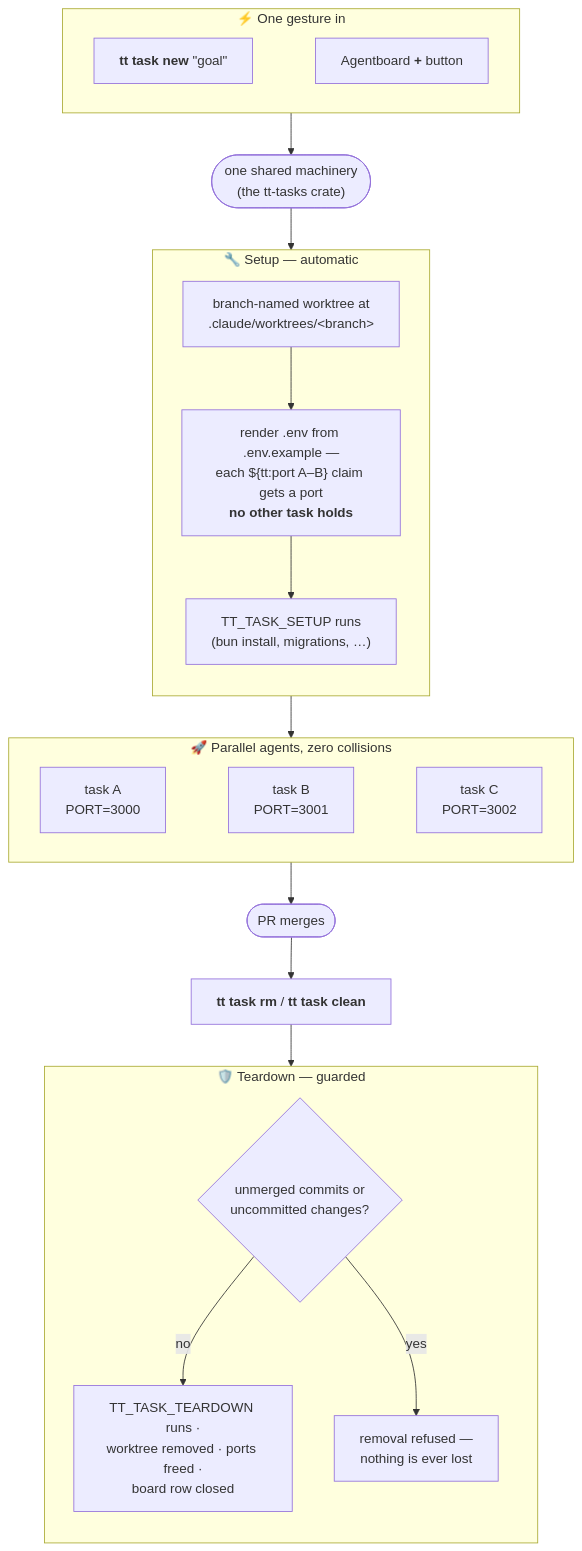
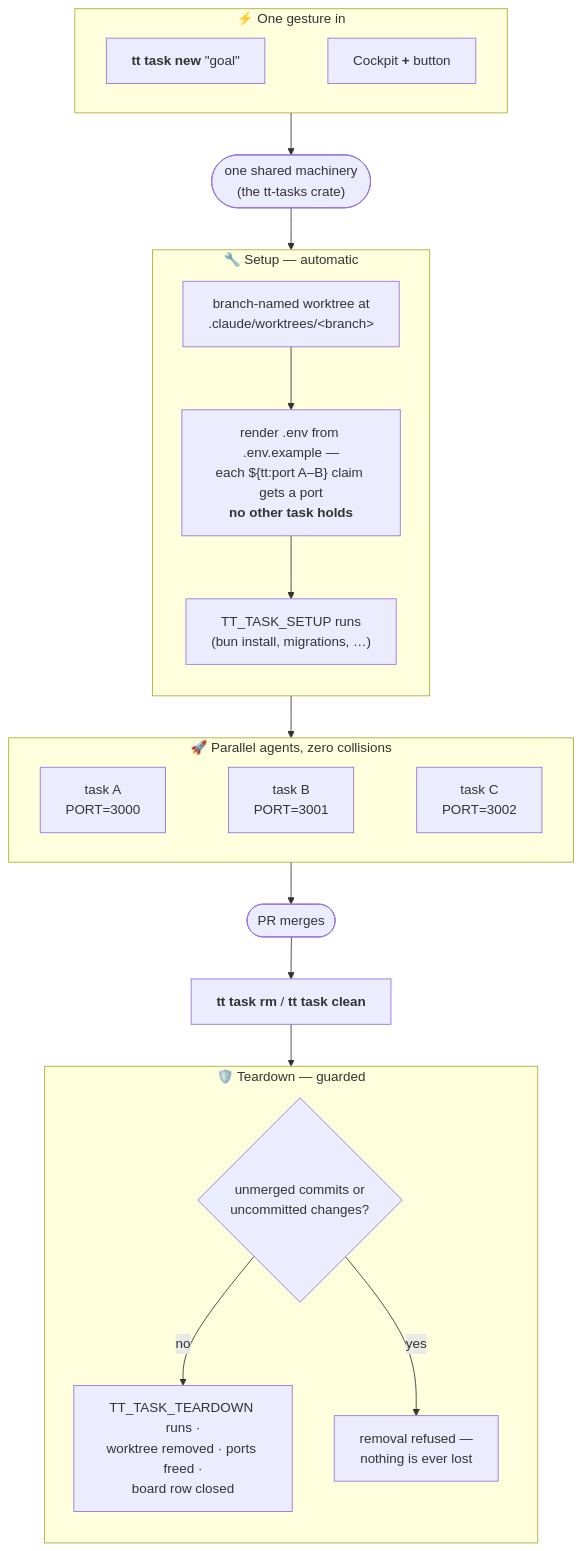
The diagram in docs/TASKS-GUIDE.md (ChrisTowles/towles-tool), drawn with Mermaid before and after one commit. The commit also changed other lines of this file and 77 other files, not shown here.

````diff
--- a/docs/TASKS-GUIDE.md
+++ b/docs/TASKS-GUIDE.md
@@ -18,43 +18,43 @@
 ```mermaid
 flowchart TB
     subgraph gesture["⚡ One gesture in"]
         direction LR
         CLI["<b>tt task new</b> &quot;goal&quot;"]
-        APP["Agentboard <b>+</b> button"]
+        APP["Cockpit <b>+</b> button"]
         CLI ~~~ APP
     end
 
     gesture --> OPS(["one shared machinery<br/>(the tt-tasks crate)"])
     OPS --> setup
 
     subgraph setup["🔧 Setup — automatic"]
         direction TB
         WT["branch-named worktree at<br/>.claude/worktrees/&lt;branch&gt;"]
         ENV["render .env from .env.example —<br/>each #36;#123;tt:port A–B#125; claim gets a port<br/><b>no other task holds</b>"]
         DEP["TT_TASK_SETUP runs<br/>(bun install, migrations, …)"]
         WT --> ENV --> DEP
     end
 
     setup --> fleet
 
     subgraph fleet["🚀 Parallel agents, zero collisions"]
         direction LR
         T1["task A<br/>PORT=3000"]
         T2["task B<br/>PORT=3001"]
         T3["task C<br/>PORT=3002"]
         T1 ~~~ T2 ~~~ T3
     end
 
     fleet --> MERGE(["PR merges"])
     MERGE --> RMCMD["<b>tt task rm</b> / <b>tt task clean</b>"]
     RMCMD --> teardown
 
     subgraph teardown["🛡️ Teardown — guarded"]
         direction TB
         GUARD{"unmerged commits or<br/>uncommitted changes?"}
         SAFE["TT_TASK_TEARDOWN runs ·<br/>worktree removed · ports freed ·<br/>board row closed"]
         BLOCK["removal refused —<br/>nothing is ever lost"]
         GUARD -- "no" --> SAFE
         GUARD -- "yes" --> BLOCK
     end
 ```
````
